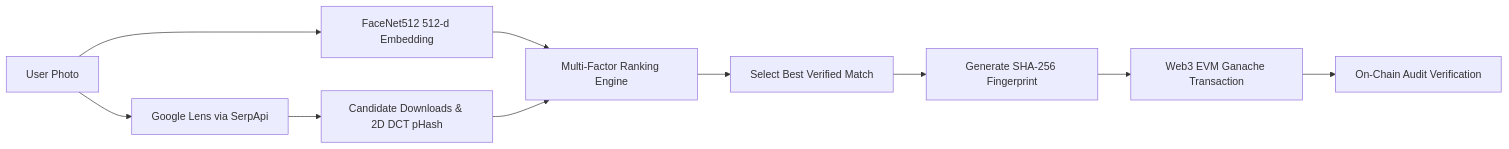
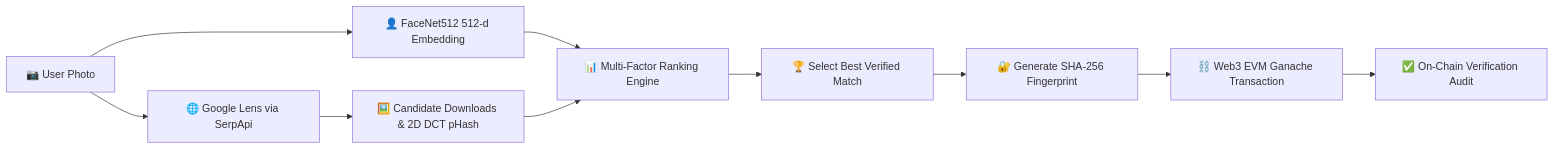
One commit to SuryaNandan07/Face_search_blockchain changed the diagram in README.md. Above: the diagram before and after it, drawn with Mermaid. The commit also changed other lines of this file, not shown here.

````diff
--- a/README.md
+++ b/README.md
@@ -31,12 +49,12 @@
 ```mermaid
 flowchart LR
-    A[User Photo] --> B[FaceNet512 512-d Embedding]
-    A --> C[Google Lens via SerpApi]
-    C --> D[Candidate Downloads & 2D DCT pHash]
-    B --> E[Multi-Factor Ranking Engine]
+    A[📷 User Photo] --> B[👤 FaceNet512 512-d Embedding]
+    A --> C[🌐 Google Lens via SerpApi]
+    C --> D[🖼️ Candidate Downloads & 2D DCT pHash]
+    B --> E[📊 Multi-Factor Ranking Engine]
     D --> E
-    E --> F[Select Best Verified Match]
-    F --> G[Generate SHA-256 Fingerprint]
-    G --> H[Web3 EVM Ganache Transaction]
-    H --> I[On-Chain Audit Verification]
+    E --> F[🏆 Select Best Verified Match]
+    F --> G[🔐 Generate SHA-256 Fingerprint]
+    G --> H[⛓️ Web3 EVM Ganache Transaction]
+    H --> I[✅ On-Chain Verification Audit]
 ```
````
